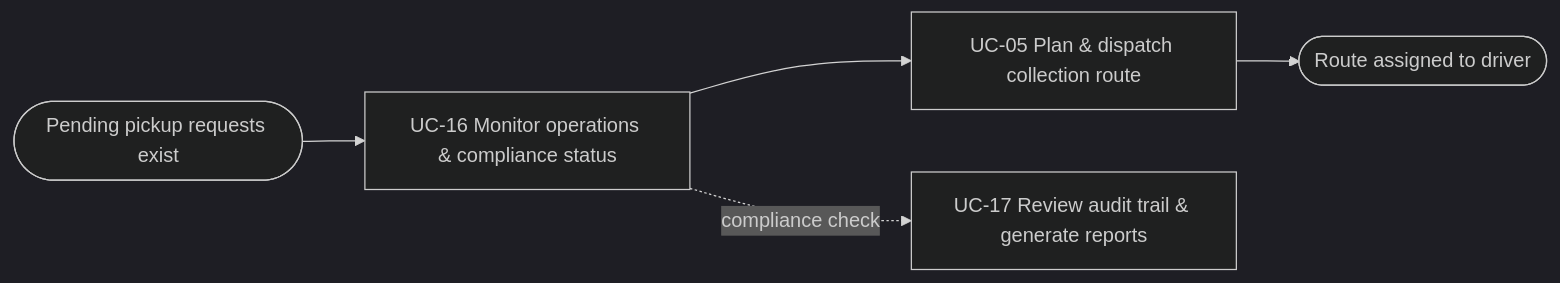
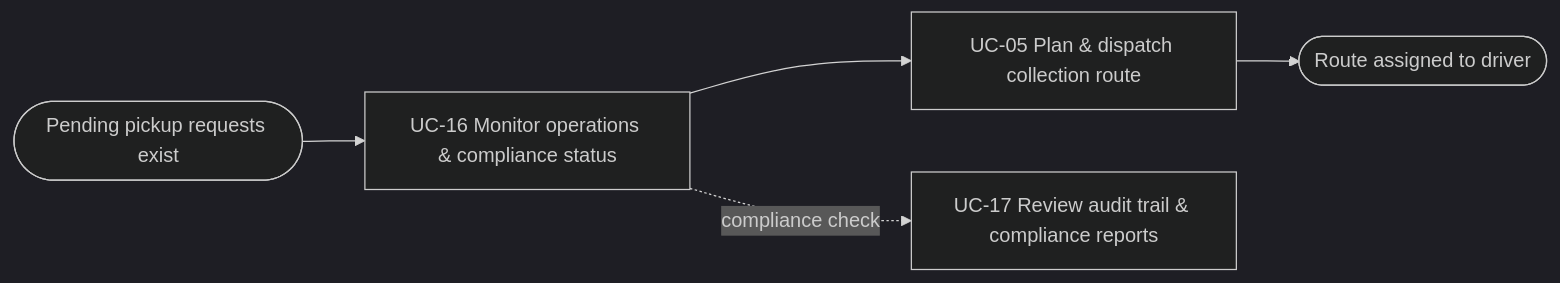
Before and after one commit to thuyvicbh-alt/DBIZ2---GROUP-D: the fourth of 4 diagrams in docs/external-design/usage-flow.md, drawn with Mermaid (dark theme). The commit also changed other lines of this file, not shown here.

````diff
--- a/docs/external-design/usage-flow.md
+++ b/docs/external-design/usage-flow.md
@@ -90,7 +79,7 @@
 ```mermaid
 flowchart LR
   A(["Pending pickup requests exist"]) --> U16["UC-16 Monitor operations & compliance status"]
   U16 --> U5["UC-05 Plan & dispatch collection route"]
   U5 --> Z(["Route assigned to driver"])
-  U16 -.->|"compliance check"| U17["UC-17 Review audit trail & generate reports"]
+  U16 -.->|"compliance check"| U17["UC-17 Review audit trail & compliance reports"]
 ```
````
